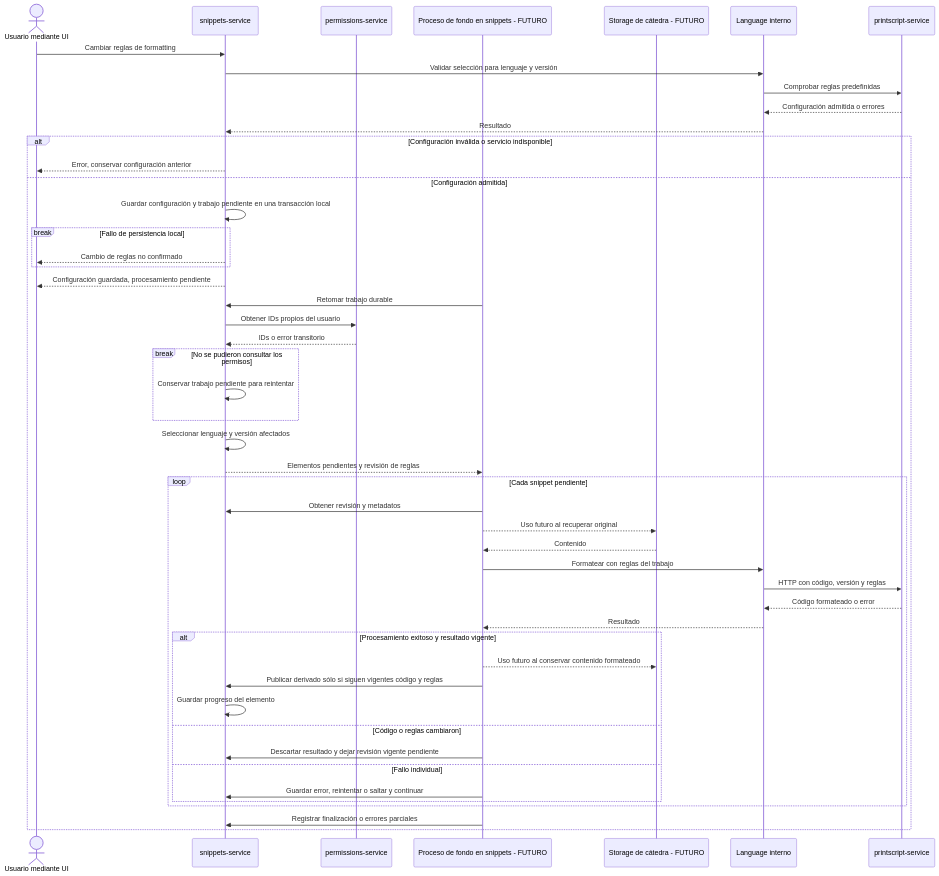
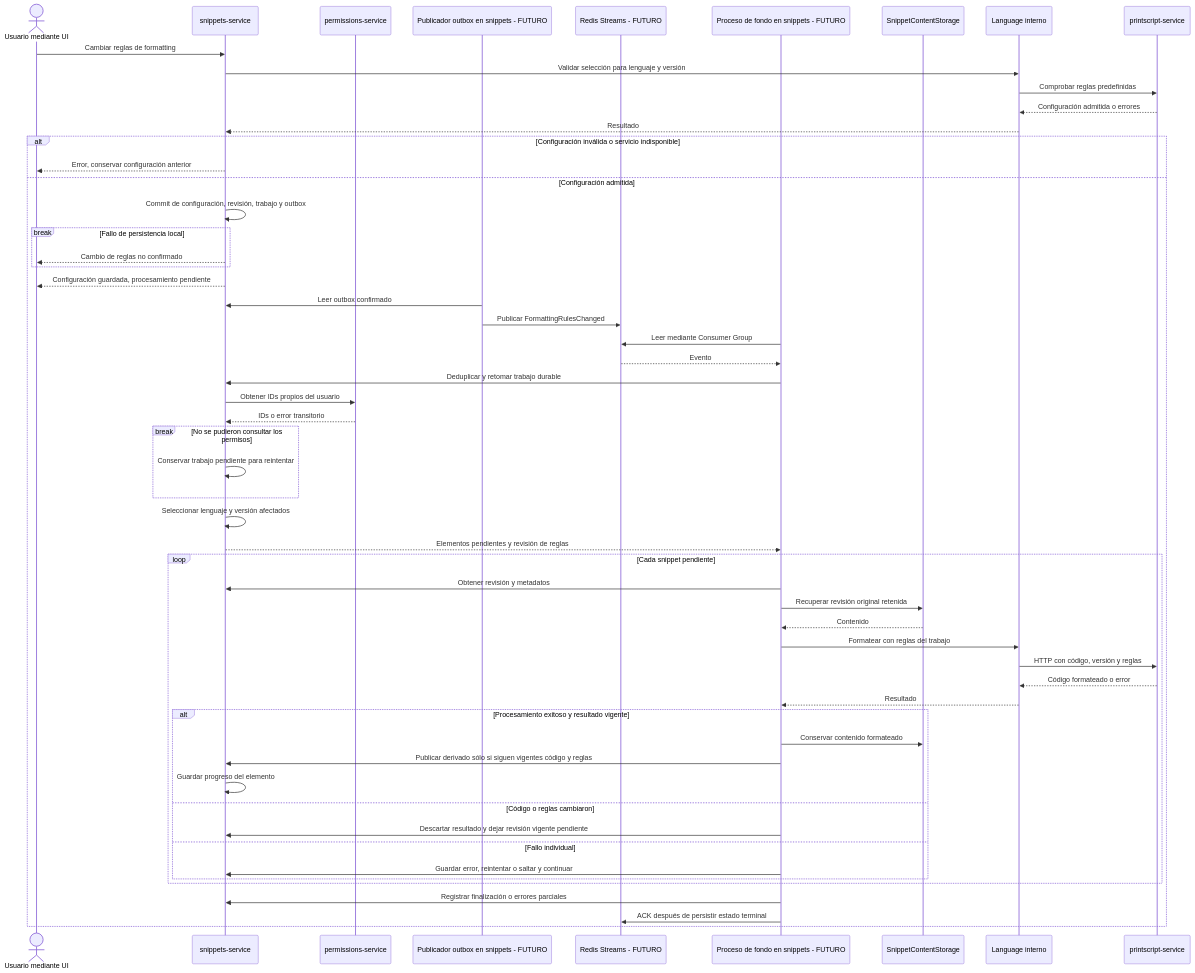
One commit to JJT-INGSIS/snippet-searcher-infra changed the diagram in docs/architecture/flows/formatting.md. Above: the diagram before and after it, drawn with Mermaid. The commit also changed other lines of this file and 7 other files, not shown here.

Commit message:
docs(sni-27): decide asynchronous processing with Redis Streams and outbox

````diff
--- a/docs/architecture/flows/formatting.md
+++ b/docs/architecture/flows/formatting.md
@@ -7,56 +10,63 @@
 ```mermaid
 sequenceDiagram
     actor UI as Usuario mediante UI
     participant S as snippets-service
     participant P as permissions-service
+    participant O as Publicador outbox en snippets - FUTURO
+    participant R as Redis Streams - FUTURO
     participant B as Proceso de fondo en snippets - FUTURO
-    participant ST as Storage de cátedra - FUTURO
+    participant ST as SnippetContentStorage
     participant L as Language interno
     participant PS as printscript-service
 
     UI->>S: Cambiar reglas de formatting
     S->>L: Validar selección para lenguaje y versión
     L->>PS: Comprobar reglas predefinidas
     PS-->>L: Configuración admitida o errores
     L-->>S: Resultado
 
     alt Configuración inválida o servicio indisponible
         S-->>UI: Error, conservar configuración anterior
     else Configuración admitida
-        S->>S: Guardar configuración y trabajo pendiente en una transacción local
+        S->>S: Commit de configuración, revisión, trabajo y outbox
         break Fallo de persistencia local
             S-->>UI: Cambio de reglas no confirmado
         end
         S-->>UI: Configuración guardada, procesamiento pendiente
 
-        B->>S: Retomar trabajo durable
+        O->>S: Leer outbox confirmado
+        O->>R: Publicar FormattingRulesChanged
+        B->>R: Leer mediante Consumer Group
+        R-->>B: Evento
+        B->>S: Deduplicar y retomar trabajo durable
         S->>P: Obtener IDs propios del usuario
         P-->>S: IDs o error transitorio
         break No se pudieron consultar los permisos
             S->>S: Conservar trabajo pendiente para reintentar
         end
         S->>S: Seleccionar lenguaje y versión afectados
         S-->>B: Elementos pendientes y revisión de reglas
 
         loop Cada snippet pendiente
             B->>S: Obtener revisión y metadatos
-            B-->>ST: Uso futuro al recuperar original
+            B->>ST: Recuperar revisión original retenida
             ST-->>B: Contenido
             B->>L: Formatear con reglas del trabajo
             L->>PS: HTTP con código, versión y reglas
             PS-->>L: Código formateado o error
             L-->>B: Resultado
 
             alt Procesamiento exitoso y resultado vigente
-                B-->>ST: Uso futuro al conservar contenido formateado
+                B->>ST: Conservar contenido formateado
                 B->>S: Publicar derivado sólo si siguen vigentes código y reglas
                 S->>S: Guardar progreso del elemento
             else Código o reglas cambiaron
                 B->>S: Descartar resultado y dejar revisión vigente pendiente
             else Fallo individual
                 B->>S: Guardar error, reintentar o saltar y continuar
             end
         end
         B->>S: Registrar finalización o errores parciales
+        B->>R: ACK después de persistir estado terminal
     end
 ```
````
